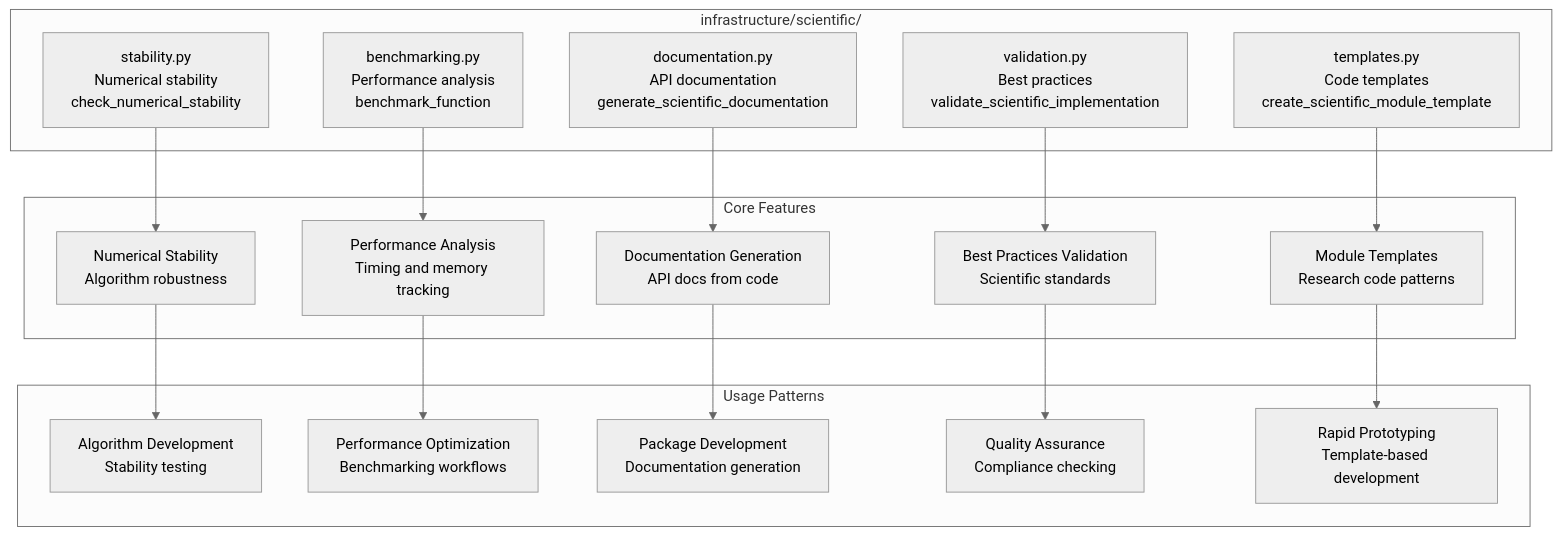
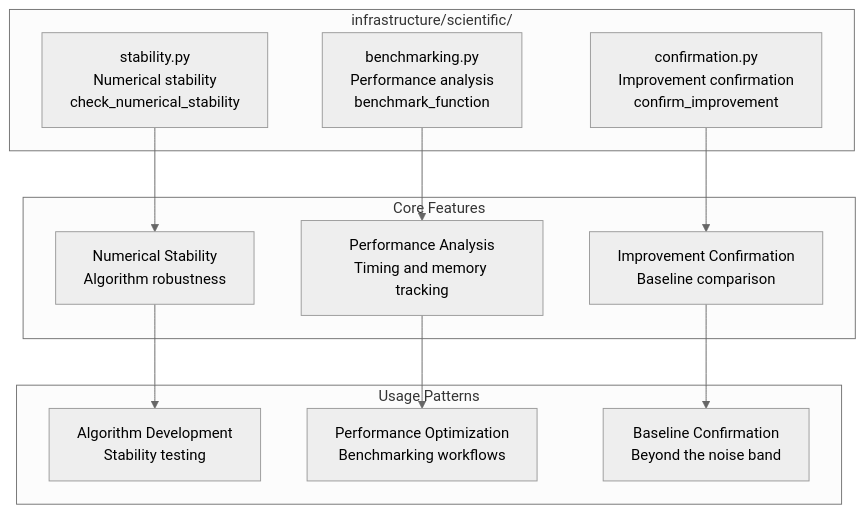
Before and after one commit to docxology/template: the diagram in infrastructure/scientific/README.md, drawn with Mermaid (neutral theme). The commit also changed other lines of this file and 33 other files, not shown here.

````diff
--- a/infrastructure/scientific/README.md
+++ b/infrastructure/scientific/README.md
@@ -33,42 +34,32 @@
 ```mermaid
 graph TD
     subgraph ScientificModule["infrastructure/scientific/"]
         STABILITY["stability.py<br/>Numerical stability<br/>check_numerical_stability"]
         BENCHMARKING["benchmarking.py<br/>Performance analysis<br/>benchmark_function"]
-        DOCUMENTATION["documentation.py<br/>API documentation<br/>generate_scientific_documentation"]
-        VALIDATION["validation.py<br/>Best practices<br/>validate_scientific_implementation"]
-        TEMPLATES["templates.py<br/>Code templates<br/>create_scientific_module_template"]
+        CONFIRMATION["confirmation.py<br/>Improvement confirmation<br/>confirm_improvement"]
     end
 
     subgraph CoreFeatures["Core Features"]
         NUMERICAL[Numerical Stability<br/>Algorithm robustness]
         PERFORMANCE["Performance Analysis<br/>Timing and memory tracking"]
-        DOC_GEN[Documentation Generation<br/>API docs from code]
-        COMPLIANCE[Best Practices Validation<br/>Scientific standards]
-        BOILERPLATE[Module Templates<br/>Research code patterns]
+        IMPROVEMENT[Improvement Confirmation<br/>Baseline comparison]
     end
 
     subgraph Usage["Usage Patterns"]
         ALGORITHM_DEV[Algorithm Development<br/>Stability testing]
         PERFORMANCE_OPT[Performance Optimization<br/>Benchmarking workflows]
-        PACKAGE_DEV[Package Development<br/>Documentation generation]
-        QUALITY_ASSURANCE[Quality Assurance<br/>Compliance checking]
-        RAPID_PROTOTYPING[Rapid Prototyping<br/>Template-based development]
+        BASELINE_CHECK[Baseline Confirmation<br/>Beyond the noise band]
     end
 
     STABILITY --> NUMERICAL
     BENCHMARKING --> PERFORMANCE
-    DOCUMENTATION --> DOC_GEN
-    VALIDATION --> COMPLIANCE
-    TEMPLATES --> BOILERPLATE
+    CONFIRMATION --> IMPROVEMENT
 
     NUMERICAL --> ALGORITHM_DEV
     PERFORMANCE --> PERFORMANCE_OPT
-    DOC_GEN --> PACKAGE_DEV
-    COMPLIANCE --> QUALITY_ASSURANCE
-    BOILERPLATE --> RAPID_PROTOTYPING
+    IMPROVEMENT --> BASELINE_CHECK
 
-    class STABILITY,BENCHMARKING,DOCUMENTATION,VALIDATION,TEMPLATES module
-    class NUMERICAL,PERFORMANCE,DOC_GEN,COMPLIANCE,BOILERPLATE feature
-    class ALGORITHM_DEV,PERFORMANCE_OPT,PACKAGE_DEV,QUALITY_ASSURANCE,RAPID_PROTOTYPING usage
+    class STABILITY,BENCHMARKING,CONFIRMATION module
+    class NUMERICAL,PERFORMANCE,IMPROVEMENT feature
+    class ALGORITHM_DEV,PERFORMANCE_OPT,BASELINE_CHECK usage
 ```
````
